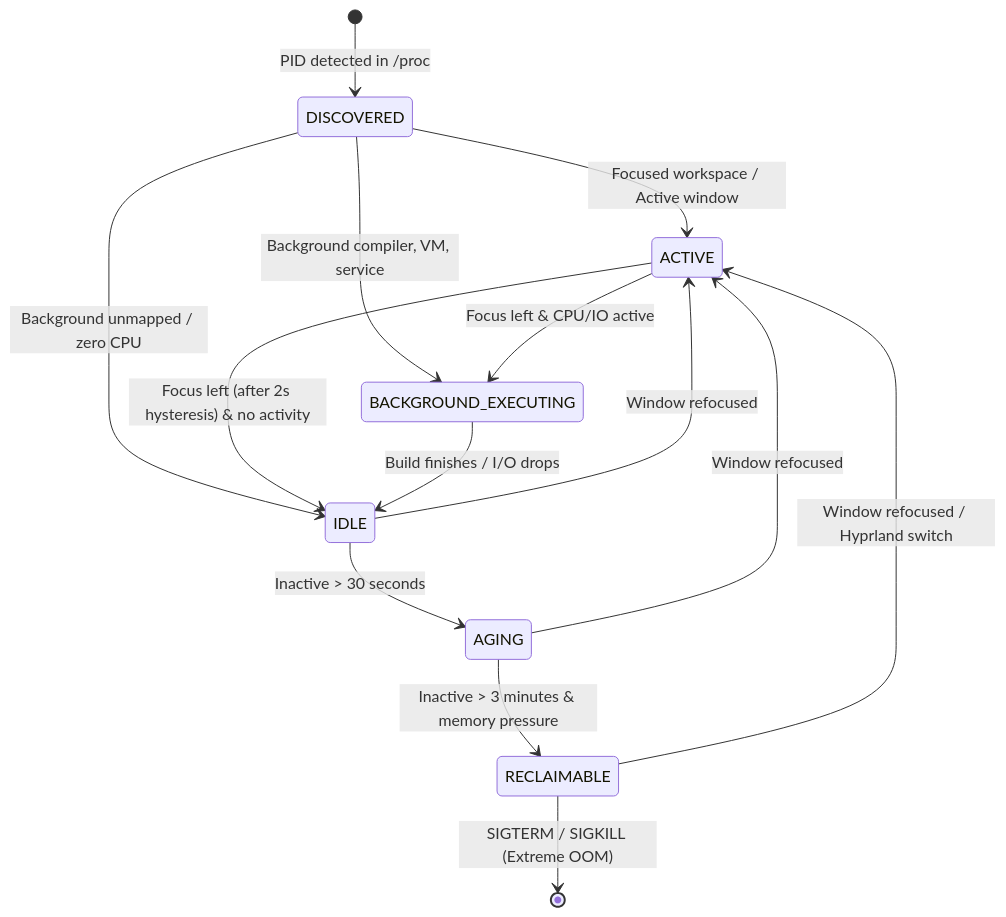
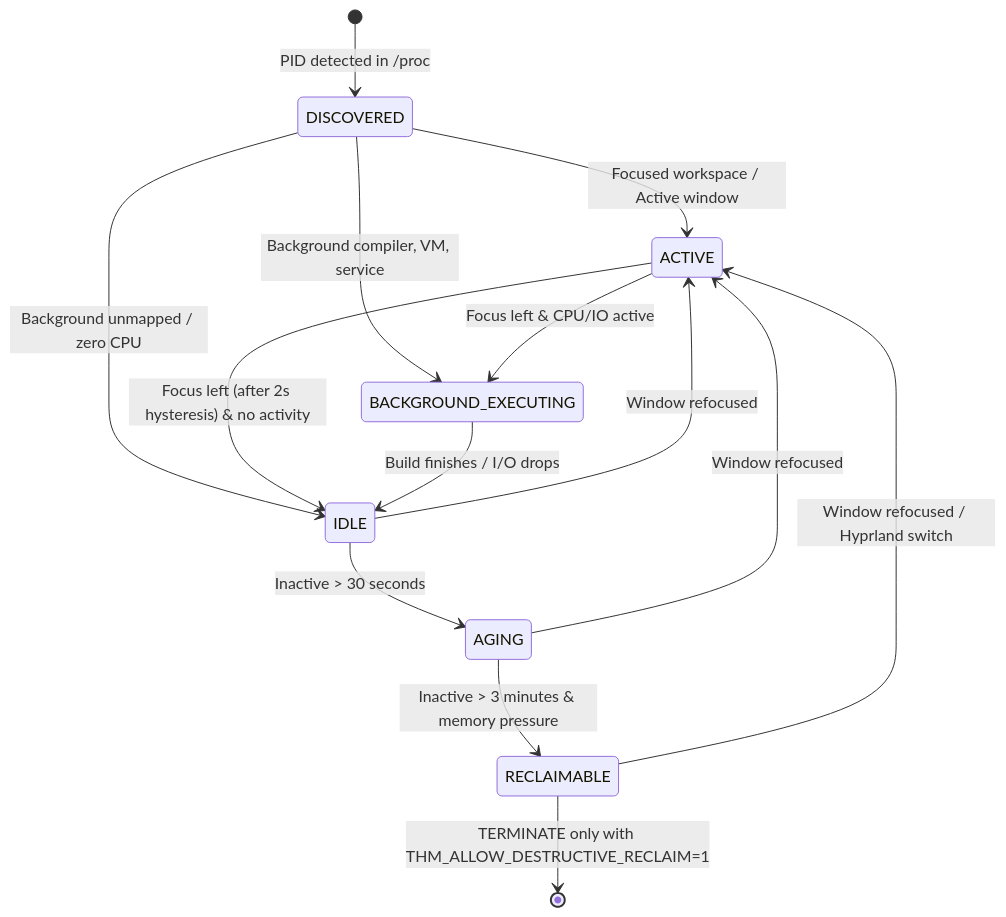
One commit to GitGuru29/ArchTitan-OS changed the second of 2 diagrams in wiki/Titan-Hardware-Manager.md. Above: the diagram before and after it, drawn with Mermaid. The commit also changed other lines of this file and 8 other files, not shown here.

````diff
--- a/wiki/Titan-Hardware-Manager.md
+++ b/wiki/Titan-Hardware-Manager.md
@@ -166,19 +171,19 @@
 ```mermaid
 stateDiagram-v2
     [*] --> DISCOVERED: PID detected in /proc
     DISCOVERED --> ACTIVE: Focused workspace / Active window
     DISCOVERED --> BACKGROUND_EXECUTING: Background compiler, VM, service
     DISCOVERED --> IDLE: Background unmapped / zero CPU
 
     ACTIVE --> BACKGROUND_EXECUTING: Focus left & CPU/IO active
     ACTIVE --> IDLE: Focus left (after 2s hysteresis) & no activity
 
     BACKGROUND_EXECUTING --> IDLE: Build finishes / I/O drops
     IDLE --> AGING: Inactive > 30 seconds
     AGING --> RECLAIMABLE: Inactive > 3 minutes & memory pressure
-    RECLAIMABLE --> [*]: SIGTERM / SIGKILL (Extreme OOM)
+    RECLAIMABLE --> [*]: TERMINATE only with THM_ALLOW_DESTRUCTIVE_RECLAIM=1
 
     RECLAIMABLE --> ACTIVE: Window refocused / Hyprland switch
     IDLE --> ACTIVE: Window refocused
     AGING --> ACTIVE: Window refocused
 ```
````
